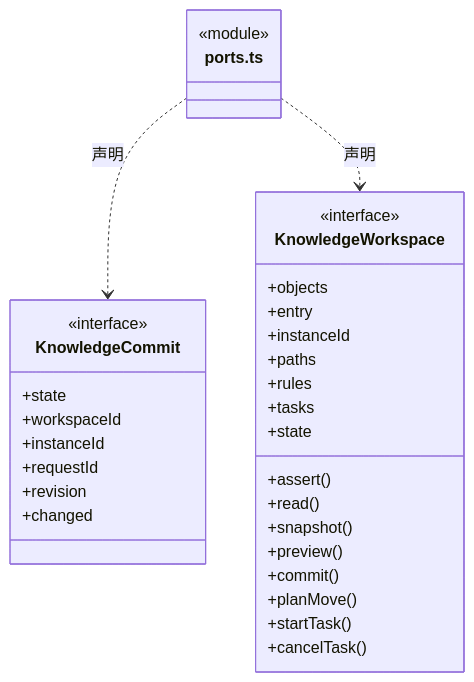
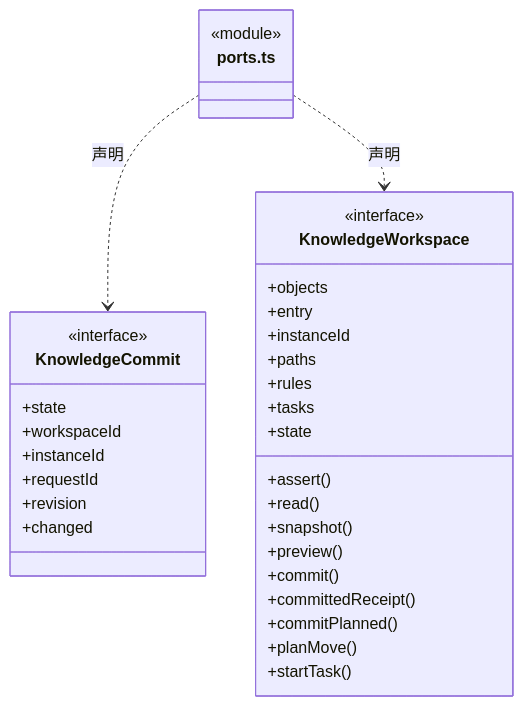
Diagram 14 of 28 in src/backend/core/knowledge/ARCHITECTURE.md (nan023062/cbim), drawn with Mermaid before and after one commit. The commit also changed other lines of this file and 97 other files, not shown here.

````diff
--- a/src/backend/core/knowledge/ARCHITECTURE.md
+++ b/src/backend/core/knowledge/ARCHITECTURE.md
@@ -264,35 +318,36 @@
 ```mermaid
 classDiagram
 class N_src_backend_core_knowledge_ports_ts["ports.ts"] {
   <<module>>
 }
 class N_src_backend_core_knowledge_ports_ts_KnowledgeCommit["KnowledgeCommit"] {
   <<interface>>
   +state
   +workspaceId
   +instanceId
   +requestId
   +revision
   +changed
 }
 N_src_backend_core_knowledge_ports_ts ..> N_src_backend_core_knowledge_ports_ts_KnowledgeCommit : 声明
 class N_src_backend_core_knowledge_ports_ts_KnowledgeWorkspace["KnowledgeWorkspace"] {
   <<interface>>
   +objects
   +entry
   +instanceId
   +paths
   +rules
   +tasks
   +state
   +assert()
   +read()
   +snapshot()
   +preview()
   +commit()
+  +committedReceipt()
+  +commitPlanned()
   +planMove()
   +startTask()
-  +cancelTask()
 }
 N_src_backend_core_knowledge_ports_ts ..> N_src_backend_core_knowledge_ports_ts_KnowledgeWorkspace : 声明
 ```
````
